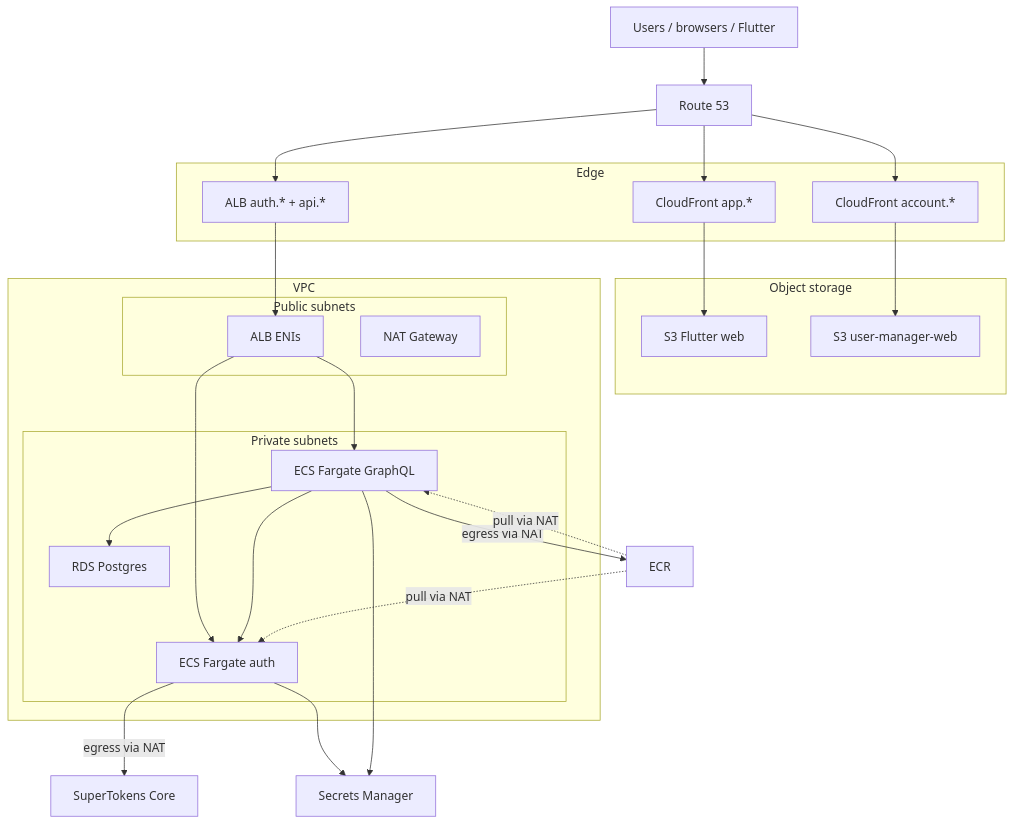
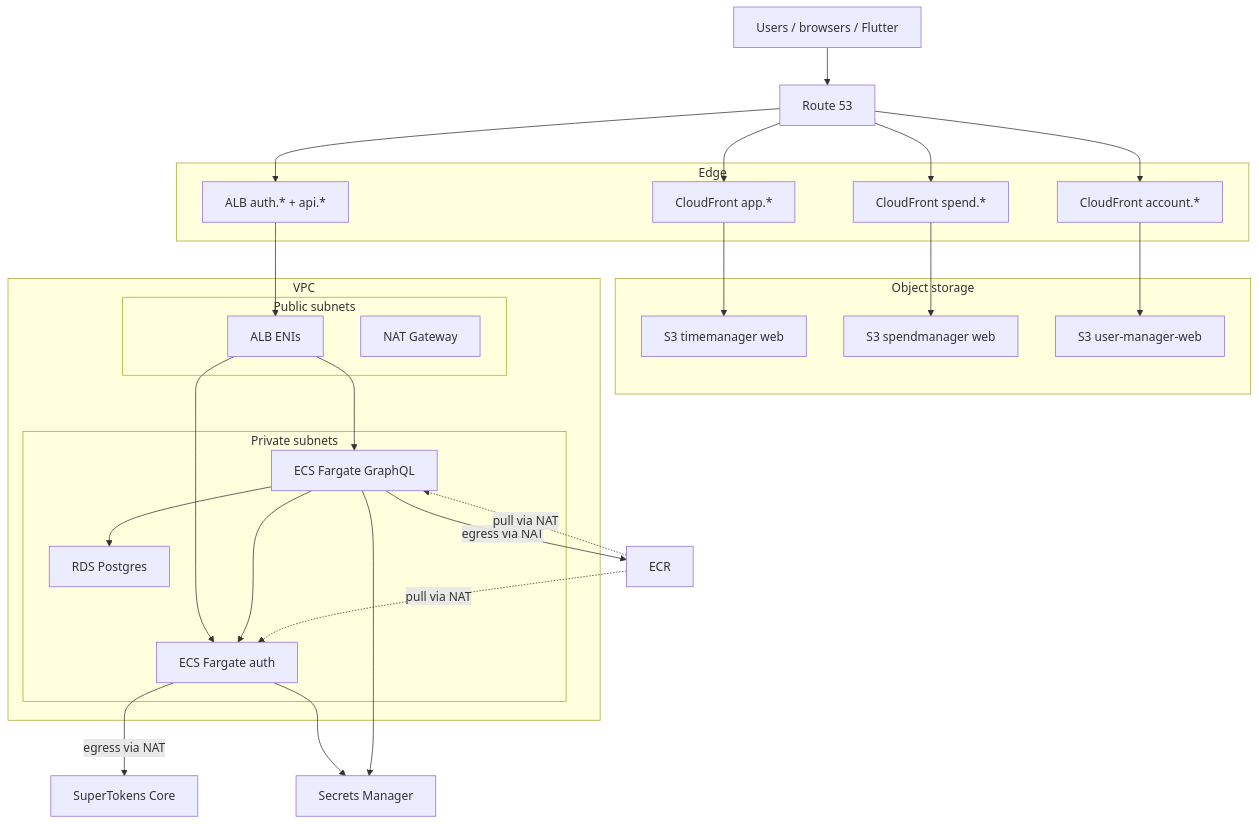
Before and after one commit to DanEscamilla/timemanager: the second of 3 diagrams in .ai/aws-architecture.md, drawn with Mermaid. The commit also changed other lines of this file and 16 other files, not shown here.

Commit message:
Include spendmanager in web app deploy

````diff
--- a/.ai/aws-architecture.md
+++ b/.ai/aws-architecture.md
@@ -62,47 +63,50 @@
 ```mermaid
 flowchart TB
   Users["Users / browsers / Flutter"]
   R53["Route 53"]
 
   subgraph edge [Edge]
     CF1["CloudFront app.*"]
+    CFSpend["CloudFront spend.*"]
     CF2["CloudFront account.*"]
     ALB["ALB auth.* + api.*"]
   end
 
   subgraph storage [Object storage]
-    S3a["S3 Flutter web"]
+    S3a["S3 timemanager web"]
+    S3spend["S3 spendmanager web"]
     S3b["S3 user-manager-web"]
   end
 
   subgraph vpc [VPC]
     subgraph public [Public subnets]
       ALBnode["ALB ENIs"]
       NAT["NAT Gateway"]
     end
     subgraph private [Private subnets]
       Auth["ECS Fargate auth"]
       Api["ECS Fargate GraphQL"]
       RDS["RDS Postgres"]
     end
   end
 
   ECR["ECR"]
   SM["Secrets Manager"]
   ST["SuperTokens Core"]
 
   Users --> R53
   R53 --> CF1 --> S3a
+  R53 --> CFSpend --> S3spend
   R53 --> CF2 --> S3b
   R53 --> ALB --> ALBnode
   ALBnode --> Auth
   ALBnode --> Api
   Auth -->|egress via NAT| ST
   Api -->|egress via NAT| ECR
   Api --> Auth
   Api --> RDS
   Auth --> SM
   Api --> SM
   ECR -.->|pull via NAT| Auth
   ECR -.->|pull via NAT| Api
 ```
````
